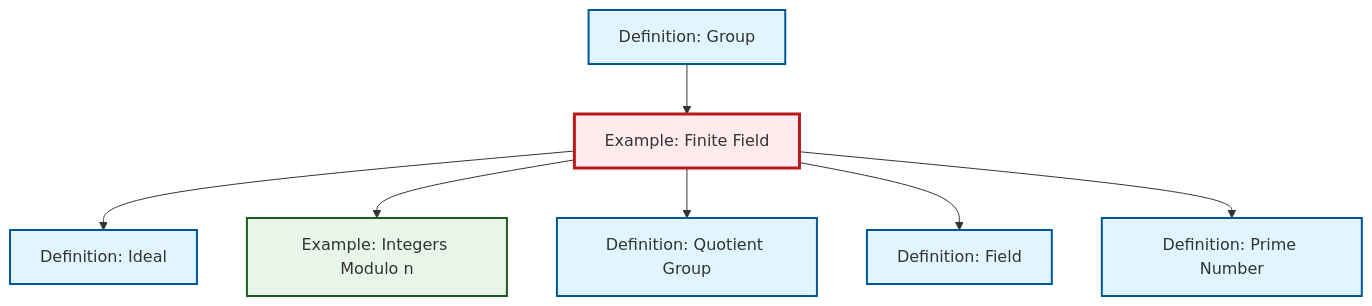
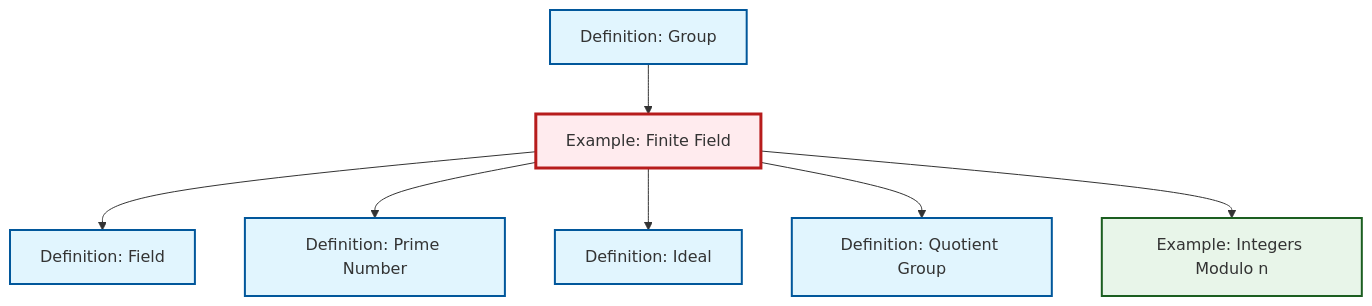
The diagram in content/ja/algebra/ex-finite-field.qmd (RK0429/ModernMath), drawn with Mermaid before and after one commit. The commit also changed other lines of this file and 581 other files, not shown here.

````diff
--- a/content/ja/algebra/ex-finite-field.qmd
+++ b/content/ja/algebra/ex-finite-field.qmd
@@ -66,29 +66,29 @@
 ```{mermaid}
 %%| fig-cap: "Local dependency graph"
 graph TD
     classDef definition fill:#e1f5fe,stroke:#01579b,stroke-width:2px
     classDef theorem fill:#f3e5f5,stroke:#4a148c,stroke-width:2px
     classDef axiom fill:#fff3e0,stroke:#e65100,stroke-width:2px
     classDef example fill:#e8f5e9,stroke:#1b5e20,stroke-width:2px
     classDef current fill:#ffebee,stroke:#b71c1c,stroke-width:3px
-    def-field["Definition: Field"]:::definition
+    ex-quotient-integers-mod-n["Example: Integers Modulo n"]:::example
+    ex-finite-field["Example: Finite Field"]:::example
     def-prime["Definition: Prime Number"]:::definition
     def-quotient-group["Definition: Quotient Group"]:::definition
-    ex-finite-field["Example: Finite Field"]:::example
     def-ideal["Definition: Ideal"]:::definition
-    ex-quotient-integers-mod-n["Example: Integers Modulo n"]:::example
     def-group["Definition: Group"]:::definition
-    ex-finite-field --> def-ideal
-    ex-finite-field --> ex-quotient-integers-mod-n
-    ex-finite-field --> def-quotient-group
+    def-field["Definition: Field"]:::definition
     ex-finite-field --> def-field
     ex-finite-field --> def-prime
+    ex-finite-field --> def-ideal
+    ex-finite-field --> def-quotient-group
+    ex-finite-field --> ex-quotient-integers-mod-n
     def-group --> ex-finite-field
     class ex-finite-field current
-    click def-field "def-field.html" "Definition: Fieldへ"
+    click ex-quotient-integers-mod-n "ex-quotient-integers-mod-n.html" "Example: Integers Modulo nへ"
     click def-prime "def-prime.html" "Definition: Prime Numberへ"
     click def-quotient-group "def-quotient-group.html" "Definition: Quotient Groupへ"
     click def-ideal "def-ideal.html" "Definition: Idealへ"
-    click ex-quotient-integers-mod-n "ex-quotient-integers-mod-n.html" "Example: Integers Modulo nへ"
     click def-group "def-group.html" "Definition: Groupへ"
+    click def-field "def-field.html" "Definition: Fieldへ"
 ```
````
